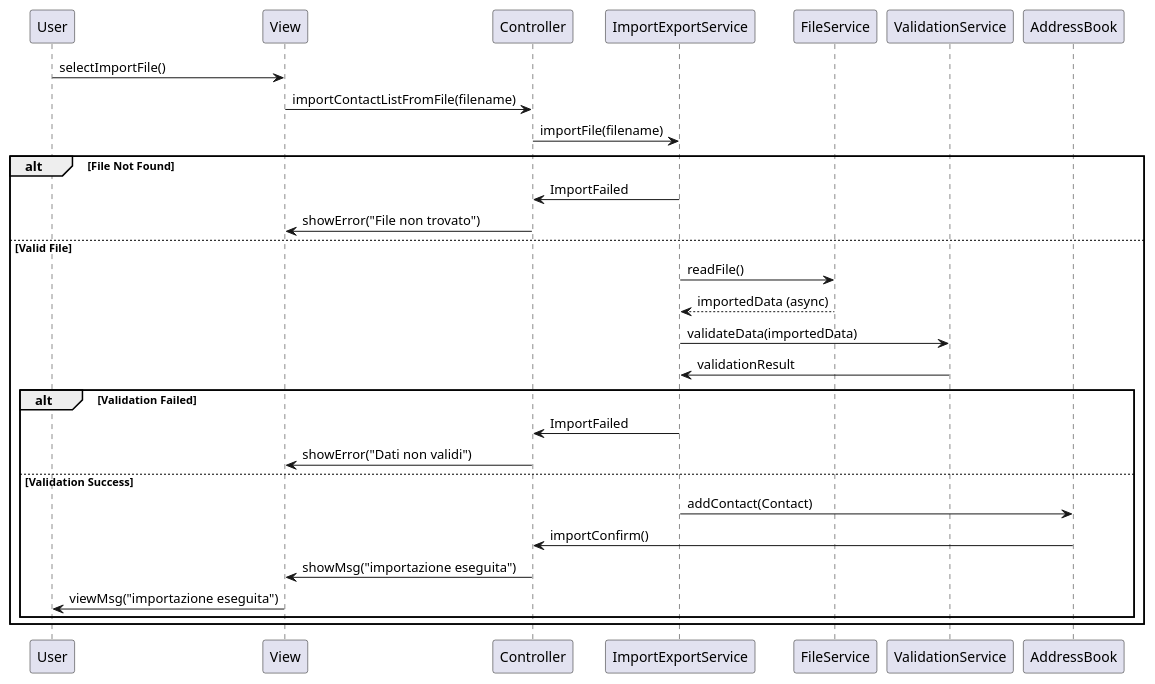
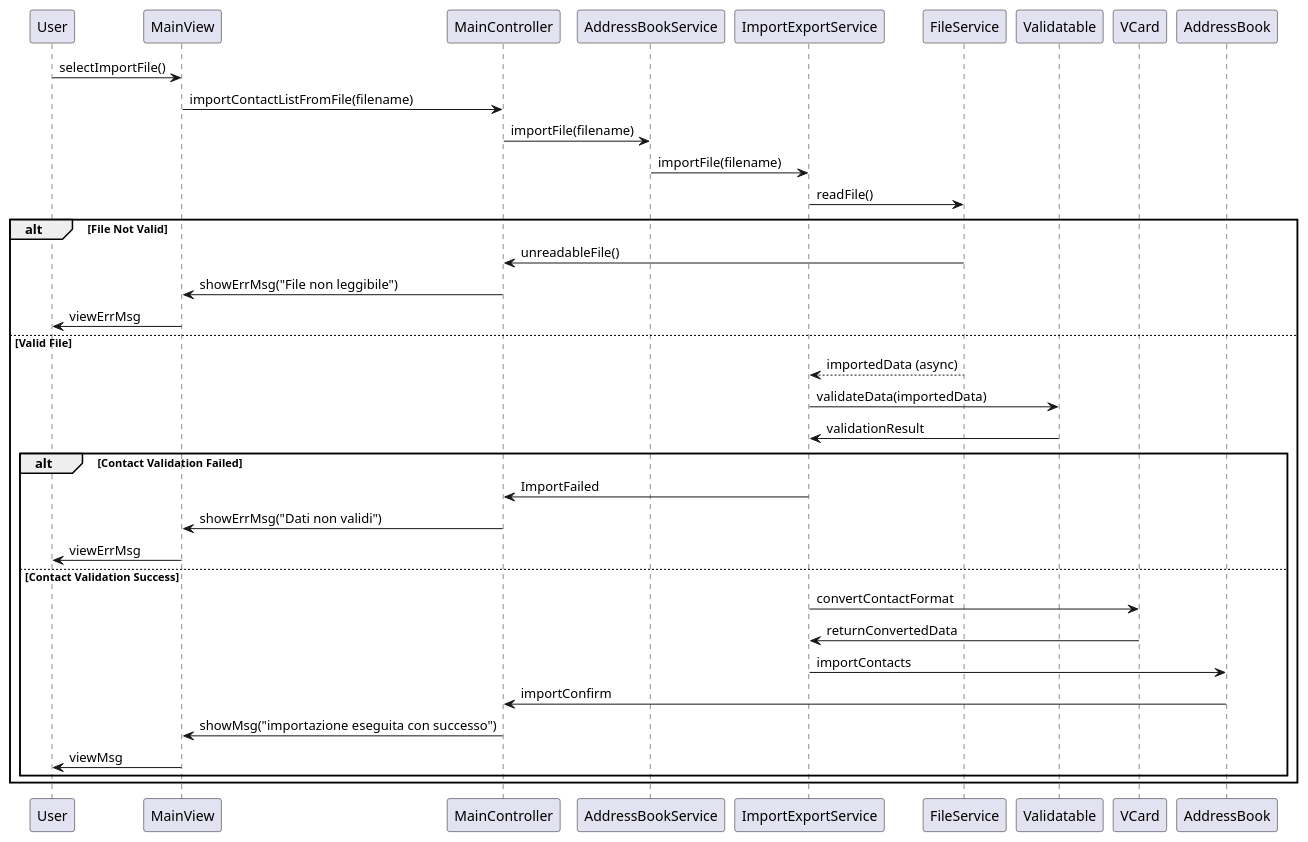
The diagram in docs/SequenceDiagrams/ImportSequenceDiagram.puml (francescopeluso/SWE-Project), drawn with PlantUML before and after one commit. The commit also changed 3 other files, not shown here.

Commit message:
ultimo aggiornamento dei diagrammi di sequenza

```diff
--- a/docs/SequenceDiagrams/ImportSequenceDiagram.puml
+++ b/docs/SequenceDiagrams/ImportSequenceDiagram.puml
@@ -1,26 +1,30 @@
 @startuml
-User -> View: selectImportFile()
-View -> Controller: importContactListFromFile(filename)
-Controller -> ImportExportService: importFile(filename)
+User -> MainView: selectImportFile()
+MainView -> MainController: importContactListFromFile(filename)
+MainController -> AddressBookService: importFile(filename)
+AddressBookService -> ImportExportService: importFile(filename)
+ImportExportService -> FileService: readFile()
 
-alt File Not Found
-  ImportExportService -> Controller: ImportFailed
-  Controller -> View: showError("File non trovato")
+alt File Not Valid
+  FileService -> MainController: unreadableFile()
+  MainController -> MainView: showErrMsg("File non leggibile")
+  MainView -> User: viewErrMsg
 else Valid File
-  ImportExportService -> FileService: readFile()
   FileService --> ImportExportService: importedData (async)
+  ImportExportService -> Validatable: validateData(importedData)
+  Validatable -> ImportExportService: validationResult
 
-  ImportExportService -> ValidationService: validateData(importedData)
-  ValidationService -> ImportExportService: validationResult
-
-  alt Validation Failed
-    ImportExportService -> Controller: ImportFailed
-    Controller -> View: showError("Dati non validi")
-  else Validation Success
-    ImportExportService -> AddressBook: addContact(Contact)
-    AddressBook -> Controller: importConfirm()
-    Controller -> View: showMsg("importazione eseguita")
-    View -> User: viewMsg("importazione eseguita")
+  alt Contact Validation Failed
+    ImportExportService -> MainController: ImportFailed
+    MainController -> MainView: showErrMsg("Dati non validi")
+    MainView -> User: viewErrMsg
+  else Contact Validation Success
+    ImportExportService -> VCard: convertContactFormat
+    VCard -> ImportExportService: returnConvertedData
+    ImportExportService -> AddressBook: importContacts
+    AddressBook -> MainController: importConfirm
+    MainController -> MainView: showMsg("importazione eseguita con successo")
+    MainView -> User: viewMsg
   end
 end
 @enduml
```
